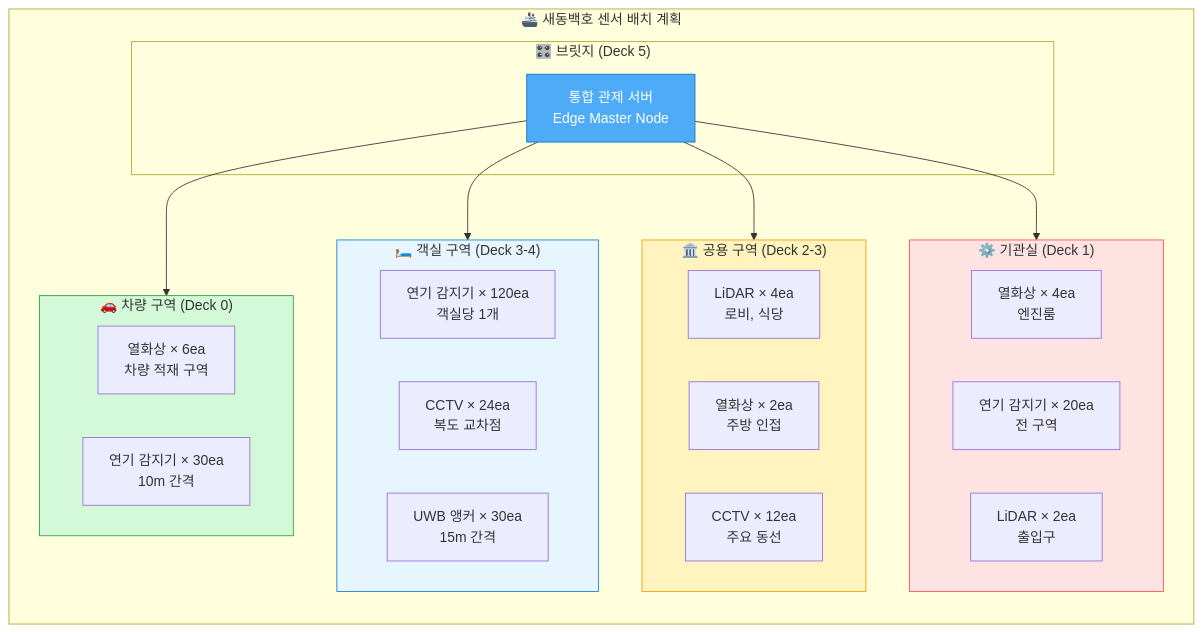
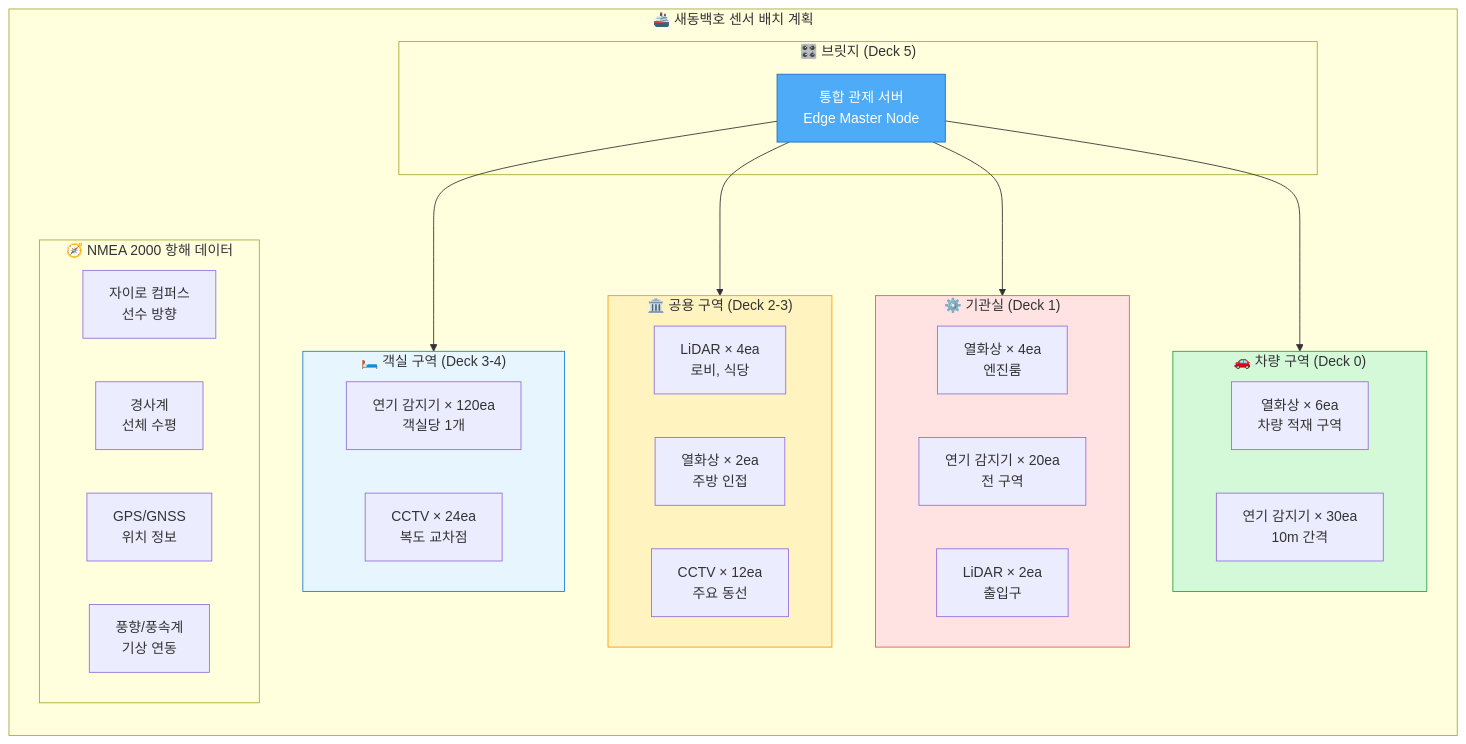
Diagram 23 of 26 in report.md (ymseo741/isedss-presentation), drawn with Mermaid before and after one commit. The commit also changed other lines of this file, not shown here.

Commit message:
Replace UWB with NMEA2000 navigation data (gyro, inclinometer, GPS, wind)

````diff
--- a/report.md
+++ b/report.md
@@ -1168,47 +1168,54 @@
 ```mermaid
 flowchart TB
     subgraph 배치["🚢 새동백호 센서 배치 계획"]
         direction TB
         subgraph 브릿지["🎛️ 브릿지 (Deck 5)"]
             B1["통합 관제 서버<br/>Edge Master Node"]
         end
         
         subgraph 객실["🛏️ 객실 구역 (Deck 3-4)"]
             direction LR
             C1["연기 감지기 × 120ea<br/>객실당 1개"]
             C2["CCTV × 24ea<br/>복도 교차점"]
-            C3["UWB 앵커 × 30ea<br/>15m 간격"]
         end
         
         subgraph 공용["🏛️ 공용 구역 (Deck 2-3)"]
             direction LR
             P1["LiDAR × 4ea<br/>로비, 식당"]
             P2["열화상 × 2ea<br/>주방 인접"]
             P3["CCTV × 12ea<br/>주요 동선"]
         end
         
         subgraph 기관["⚙️ 기관실 (Deck 1)"]
             direction LR
             E1["열화상 × 4ea<br/>엔진룸"]
             E2["연기 감지기 × 20ea<br/>전 구역"]
             E3["LiDAR × 2ea<br/>출입구"]
         end
         
         subgraph 차량["🚗 차량 구역 (Deck 0)"]
             direction LR
             V1["열화상 × 6ea<br/>차량 적재 구역"]
             V2["연기 감지기 × 30ea<br/>10m 간격"]
         end
+        
+        subgraph 항해["🧭 NMEA 2000 항해 데이터"]
+            direction LR
+            N1["자이로 컴퍼스<br/>선수 방향"]
+            N2["경사계<br/>선체 수평"]
+            N3["GPS/GNSS<br/>위치 정보"]
+            N4["풍향/풍속계<br/>기상 연동"]
+        end
     end
     
     B1 --> 객실
     B1 --> 공용
     B1 --> 기관
     B1 --> 차량
     
     style B1 fill:#4dabf7,stroke:#1971c2,color:#fff
     style 객실 fill:#e7f5ff,stroke:#1c7ed6
     style 공용 fill:#fff3bf,stroke:#f59f00
     style 기관 fill:#ffe3e3,stroke:#fa5252
     style 차량 fill:#d3f9d8,stroke:#2f9e44
 ```
````
